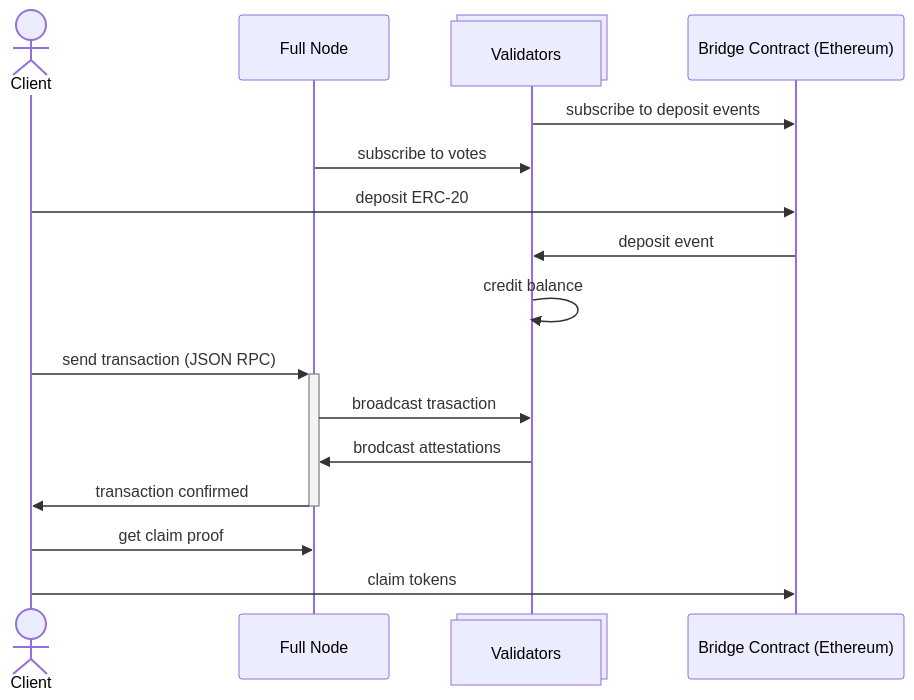
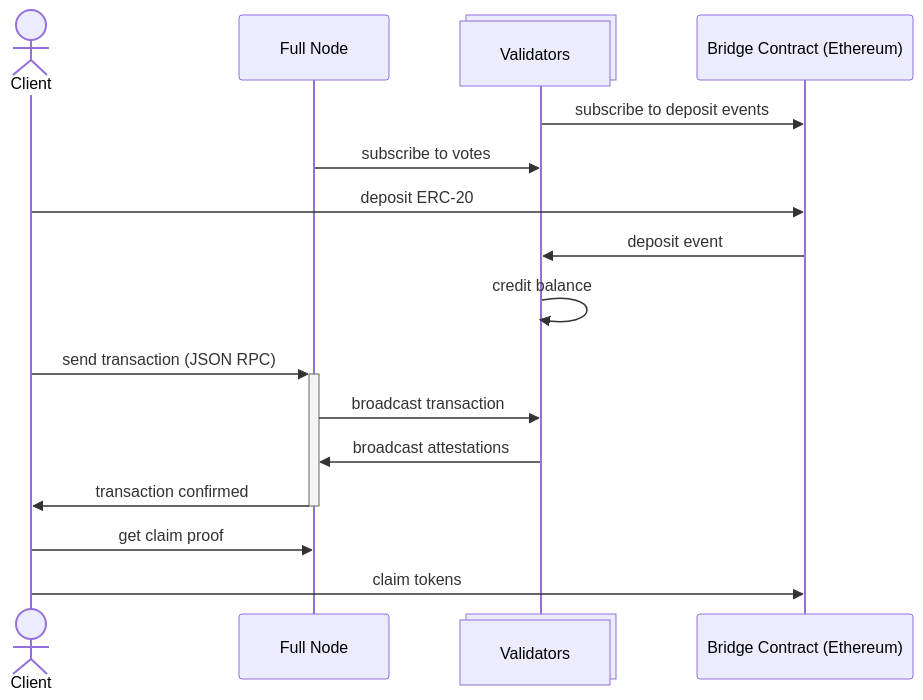
One commit to podnetwork/pod-sdk changed the diagram in doc/protocol/network-architecture/README.md. Above: the diagram before and after it, drawn with Mermaid. The commit also changed other lines of this file and 100 other files, not shown here.

````diff
--- a/doc/protocol/network-architecture/README.md
+++ b/doc/protocol/network-architecture/README.md
@@ -5,24 +5,24 @@
 ```mermaid
 sequenceDiagram
     actor C as Client
     participant F as Full Node
     participant V@{ type: "collections", alias: "Validators" }
     participant B as Bridge Contract (Ethereum)
 
     V->>B: subscribe to deposit events
     F->>V: subscribe to votes
 
     C->>B: deposit ERC-20
     B->>V: deposit event
     V->>V: credit balance
 
     C->>+F: send transaction (JSON RPC)
-    F->>V: broadcast trasaction
-    V->>F: brodcast attestations
+    F->>V: broadcast transaction
+    V->>F: broadcast attestations
     F->>-C: transaction confirmed
 
     
 
     C->>F: get claim proof
     C->>B: claim tokens
 ```
````
